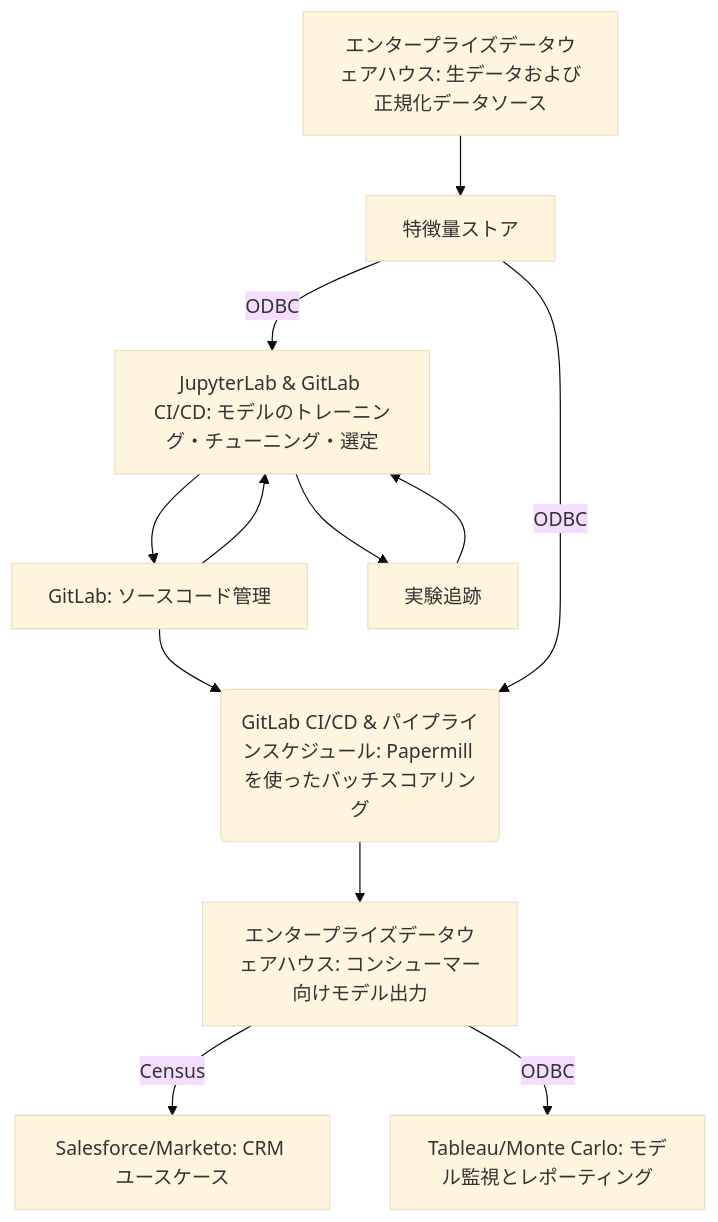
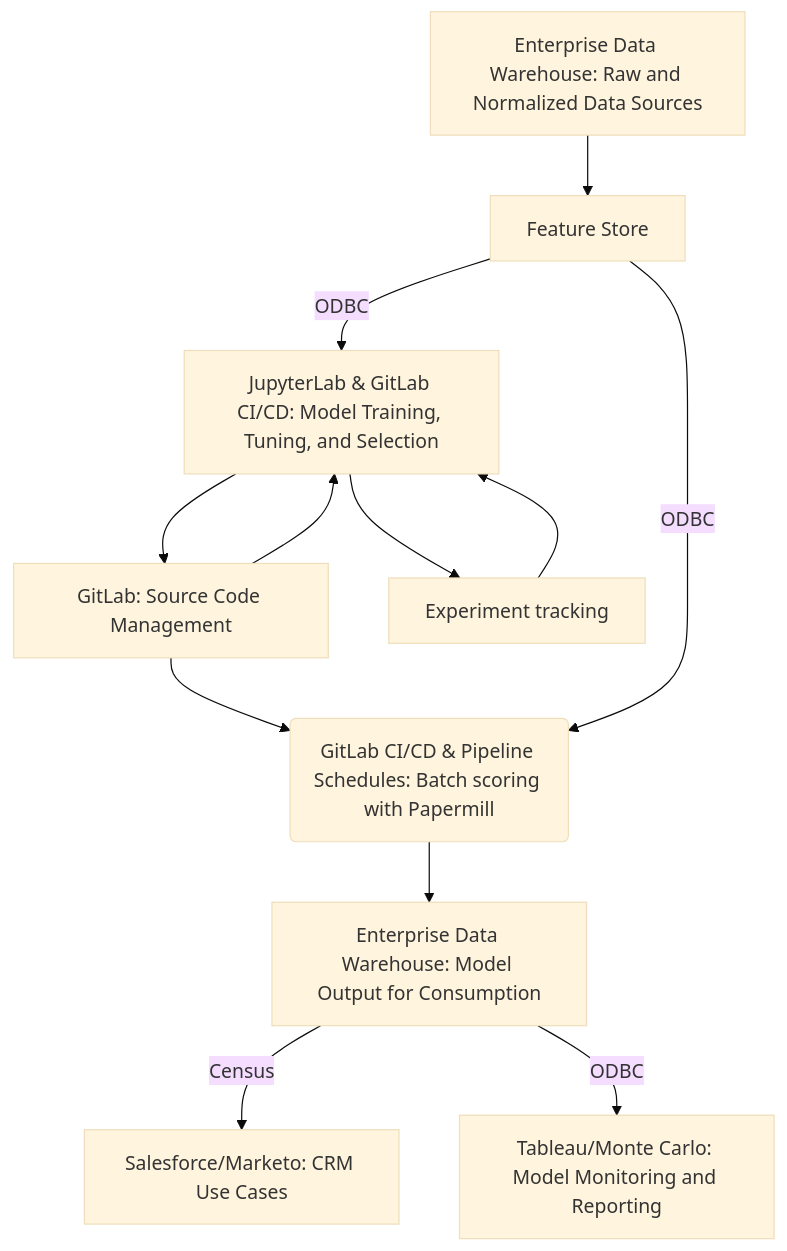
The second of 2 diagrams in content/handbook/enterprise-data/organization/data-science/_index.md (kyama0/gitlab-handbook-ja), drawn with Mermaid (base theme) before and after one commit. The commit also changed other lines of this file and 100 other files, not shown here.

````diff
--- a/content/handbook/enterprise-data/organization/data-science/_index.md
+++ b/content/handbook/enterprise-data/organization/data-science/_index.md
@@ -123,23 +123,23 @@
 ```mermaid
 graph
-    A[エンタープライズデータウェアハウス: 生データおよび正規化データソース]
-    B[JupyterLab & GitLab CI/CD: モデルのトレーニング・チューニング・選定]
-    C(GitLab CI/CD & パイプラインスケジュール: Papermill を使ったバッチスコアリング)
-    F[エンタープライズデータウェアハウス: コンシューマー向けモデル出力]
-    D[Salesforce/Marketo: CRM ユースケース]
-    E[Tableau/Monte Carlo: モデル監視とレポーティング]
-    G[GitLab: ソースコード管理]
-    H[実験追跡]
-    I[特徴量ストア]
+    A[Enterprise Data Warehouse: Raw and Normalized Data Sources]
+    B[JupyterLab & GitLab CI/CD: Model Training, Tuning, and Selection]
+    C(GitLab CI/CD & Pipeline Schedules: Batch scoring with Papermill)
+    F[Enterprise Data Warehouse: Model Output for Consumption]
+    D[Salesforce/Marketo: CRM Use Cases]
+    E[Tableau/Monte Carlo: Model Monitoring and Reporting]
+    G[GitLab: Source Code Management]
+    H[Experiment tracking]
+    I[Feature Store]
     A --> I
     I --> |ODBC| B
     B --> H
     H --> B
     B --> G
     G --> B
     G --> C
     I --> |ODBC| C
     C --> F
     F --> |Census| D
     F --> |ODBC| E
 ```
````
